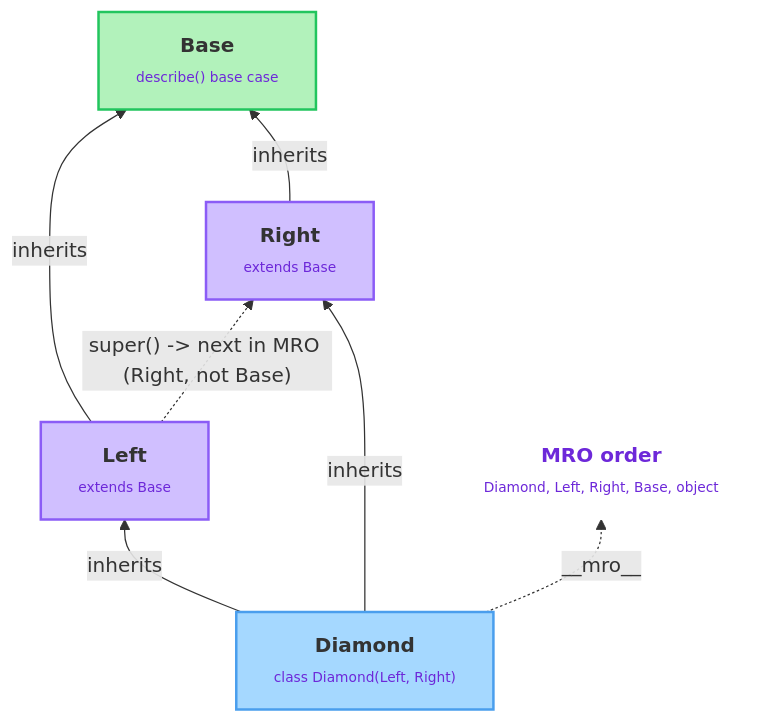
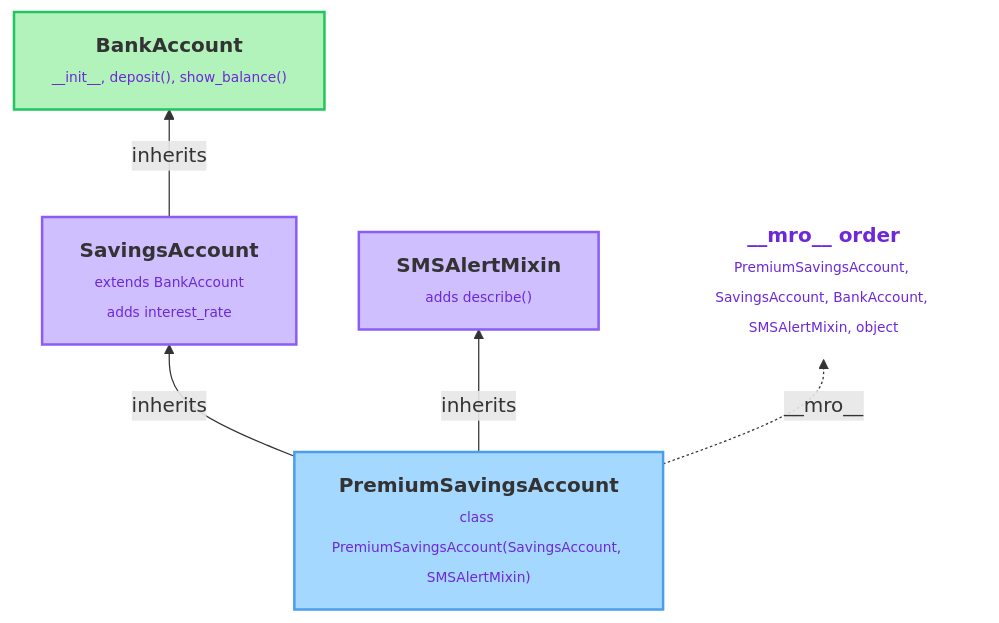
One commit to Kaveripriya/AI-Academy changed the diagram in CRESCENT/python-foundations/modules/p4-classes-objects/unit-4-2-inheritance-encapsulation.md. Above: the diagram before and after it, drawn with Mermaid. The commit also changed other lines of this file and 19 other files, not shown here.

````diff
--- a/CRESCENT/python-foundations/modules/p4-classes-objects/unit-4-2-inheritance-encapsulation.md
+++ b/CRESCENT/python-foundations/modules/p4-classes-objects/unit-4-2-inheritance-encapsulation.md
@@ -83,20 +155,18 @@
 ```mermaid
 flowchart BT
-    BASE["<b>Base</b><br/><span style='font-size:11px;color:#6d28d9'>describe() base case</span>"]:::done
-    LEFT["<b>Left</b><br/><span style='font-size:11px;color:#6d28d9'>extends Base</span>"]:::auto
-    RIGHT["<b>Right</b><br/><span style='font-size:11px;color:#6d28d9'>extends Base</span>"]:::auto
-    DIAMOND["<b>Diamond</b><br/><span style='font-size:11px;color:#6d28d9'>class Diamond(Left, Right)</span>"]:::start
-    MRO["<b>MRO order</b><br/><span style='font-size:11px;color:#6d28d9'>Diamond, Left, Right, Base, object</span>"]:::ghost
+    BASE["<b>BankAccount</b><br/><span style='font-size:11px;color:#6d28d9'>__init__, deposit(), show_balance()</span>"]:::done
+    SAVE["<b>SavingsAccount</b><br/><span style='font-size:11px;color:#6d28d9'>extends BankAccount<br/>adds interest_rate</span>"]:::auto
+    SMS["<b>SMSAlertMixin</b><br/><span style='font-size:11px;color:#6d28d9'>adds describe()</span>"]:::auto
+    PREMIUM["<b>PremiumSavingsAccount</b><br/><span style='font-size:11px;color:#6d28d9'>class PremiumSavingsAccount(SavingsAccount, SMSAlertMixin)</span>"]:::start
+    MRO["<b>__mro__ order</b><br/><span style='font-size:11px;color:#6d28d9'>PremiumSavingsAccount, SavingsAccount, BankAccount, SMSAlertMixin, object</span>"]:::ghost
 
-    DIAMOND -- "inherits" --> LEFT
-    DIAMOND -- "inherits" --> RIGHT
-    LEFT -- "inherits" --> BASE
-    RIGHT -- "inherits" --> BASE
-    LEFT -. "super() -> next in MRO (Right, not Base)" .-> RIGHT
-    DIAMOND -. "__mro__" .-> MRO
+    PREMIUM -- "inherits" --> SAVE
+    PREMIUM -- "inherits" --> SMS
+    SAVE -- "inherits" --> BASE
+    PREMIUM -. "__mro__" .-> MRO
 
     classDef start fill:#a5d8ff,stroke:#4a9eed,stroke-width:2px
     classDef auto fill:#d0bfff,stroke:#8b5cf6,stroke-width:2px
     classDef done fill:#b2f2bb,stroke:#22c55e,stroke-width:2px
     classDef ghost fill:none,stroke:none,color:#6d28d9
 ```
````
